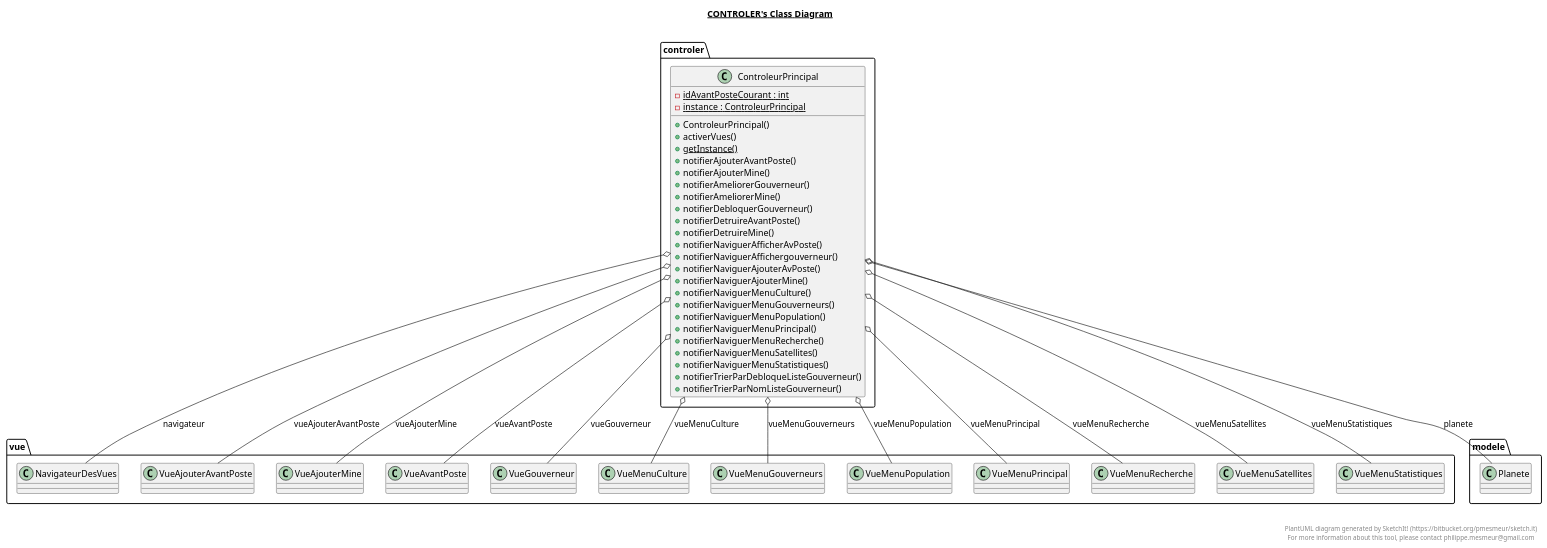
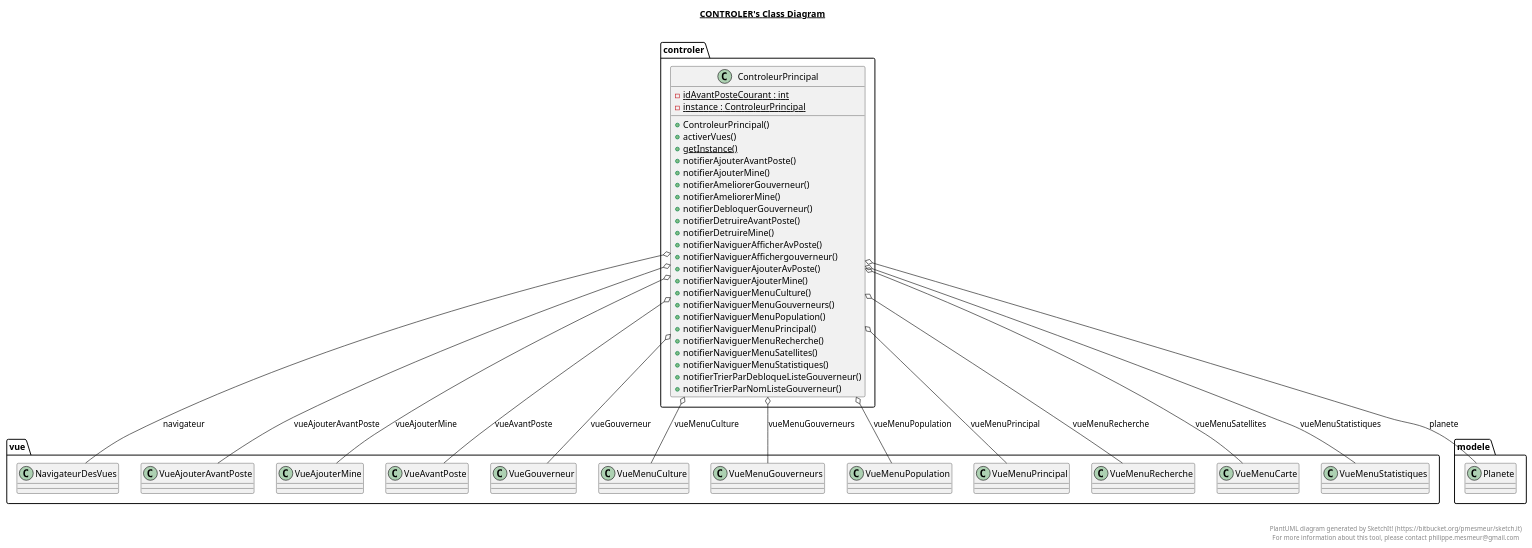
The diagram in src/controler/controler.plantuml (h-loic/TerraGenesis_AP4B), drawn with PlantUML before and after one commit. The commit also changed 7 other files, not shown here.

Commit message:
Remplacement vueStatistiques par VueCarte

```diff
--- a/src/controler/controler.plantuml
+++ b/src/controler/controler.plantuml
@@ -1,58 +1,58 @@
 @startuml
 
 title __CONTROLER's Class Diagram__\n
 
   namespace controler {
     class controler.ControleurPrincipal {
         {static} - idAvantPosteCourant : int
         {static} - instance : ControleurPrincipal
         + ControleurPrincipal()
         + activerVues()
         {static} + getInstance()
         + notifierAjouterAvantPoste()
         + notifierAjouterMine()
         + notifierAmeliorerGouverneur()
         + notifierAmeliorerMine()
         + notifierDebloquerGouverneur()
         + notifierDetruireAvantPoste()
         + notifierDetruireMine()
         + notifierNaviguerAfficherAvPoste()
         + notifierNaviguerAffichergouverneur()
         + notifierNaviguerAjouterAvPoste()
         + notifierNaviguerAjouterMine()
         + notifierNaviguerMenuCulture()
         + notifierNaviguerMenuGouverneurs()
         + notifierNaviguerMenuPopulation()
         + notifierNaviguerMenuPrincipal()
         + notifierNaviguerMenuRecherche()
         + notifierNaviguerMenuSatellites()
         + notifierNaviguerMenuStatistiques()
         + notifierTrierParDebloqueListeGouverneur()
         + notifierTrierParNomListeGouverneur()
     }
   }
   
 
   controler.ControleurPrincipal o-- vue.NavigateurDesVues : navigateur
   controler.ControleurPrincipal o-- modele.Planete : planete
   controler.ControleurPrincipal o-- vue.VueAjouterAvantPoste : vueAjouterAvantPoste
   controler.ControleurPrincipal o-- vue.VueAjouterMine : vueAjouterMine
   controler.ControleurPrincipal o-- vue.VueAvantPoste : vueAvantPoste
   controler.ControleurPrincipal o-- vue.VueGouverneur : vueGouverneur
   controler.ControleurPrincipal o-- vue.VueMenuCulture : vueMenuCulture
   controler.ControleurPrincipal o-- vue.VueMenuGouverneurs : vueMenuGouverneurs
   controler.ControleurPrincipal o-- vue.VueMenuPopulation : vueMenuPopulation
   controler.ControleurPrincipal o-- vue.VueMenuPrincipal : vueMenuPrincipal
   controler.ControleurPrincipal o-- vue.VueMenuRecherche : vueMenuRecherche
-  controler.ControleurPrincipal o-- vue.VueMenuSatellites : vueMenuSatellites
+  controler.ControleurPrincipal o-- vue.VueMenuCarte : vueMenuSatellites
   controler.ControleurPrincipal o-- vue.VueMenuStatistiques : vueMenuStatistiques
 
 
 right footer
 
 
 PlantUML diagram generated by SketchIt! (https://bitbucket.org/pmesmeur/sketch.it)
 For more information about this tool, please contact philippe.mesmeur@gmail.com
 endfooter
 
 @enduml
```
